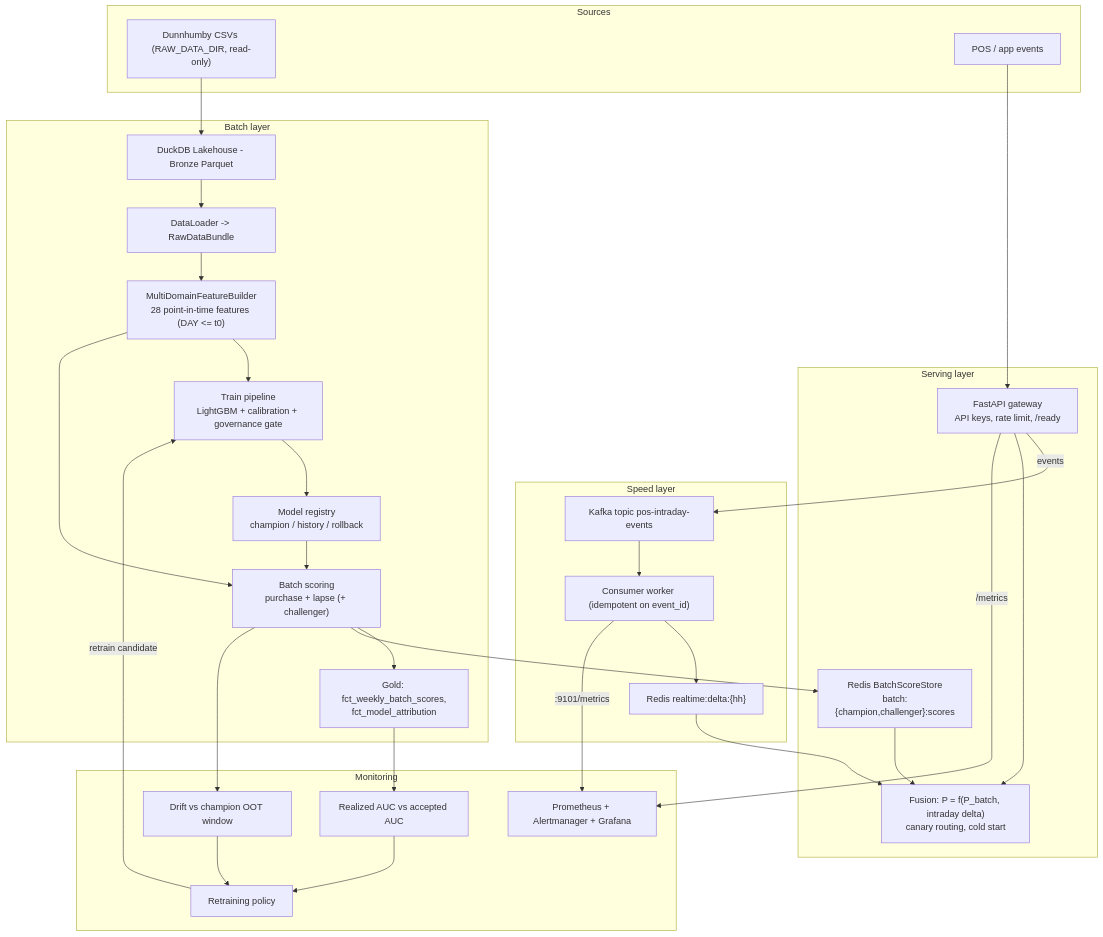
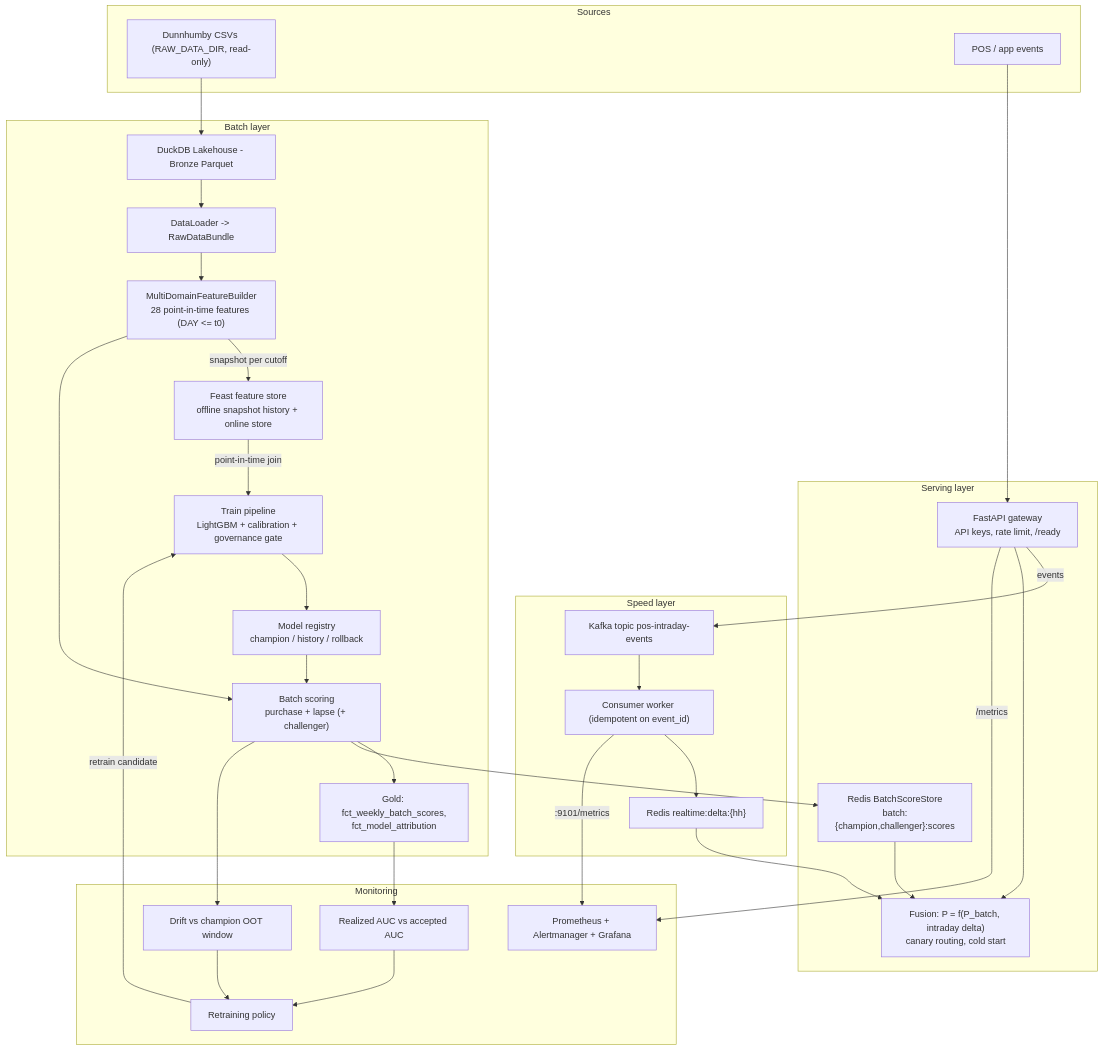
The diagram in README.md (kien3007/PropensityModel), drawn with Mermaid before and after one commit. The commit also changed other lines of this file and 22 other files, not shown here.

````diff
--- a/README.md
+++ b/README.md
@@ -32,54 +32,57 @@
 ```mermaid
 flowchart TD
     subgraph Sources["Sources"]
         CSV["Dunnhumby CSVs (RAW_DATA_DIR, read-only)"]
         POS["POS / app events"]
     end
 
     subgraph Batch["Batch layer"]
         Bronze["DuckDB Lakehouse - Bronze Parquet"]
         Loader["DataLoader -> RawDataBundle"]
         Features["MultiDomainFeatureBuilder<br/>28 point-in-time features (DAY <= t0)"]
+        FS["Feast feature store<br/>offline snapshot history + online store"]
         Train["Train pipeline<br/>LightGBM + calibration + governance gate"]
         Registry["Model registry<br/>champion / history / rollback"]
         Score["Batch scoring<br/>purchase + lapse (+ challenger)"]
         Gold["Gold: fct_weekly_batch_scores,<br/>fct_model_attribution"]
     end
 
     subgraph Speed["Speed layer"]
         Kafka["Kafka topic pos-intraday-events"]
         Consumer["Consumer worker (idempotent on event_id)"]
         Delta["Redis realtime:delta:{hh}"]
     end
 
     subgraph Serving["Serving layer"]
         Store["Redis BatchScoreStore<br/>batch:{champion,challenger}:scores"]
         API["FastAPI gateway<br/>API keys, rate limit, /ready"]
         Fusion["Fusion: P = f(P_batch, intraday delta)<br/>canary routing, cold start"]
     end
 
     subgraph Monitoring["Monitoring"]
         Drift["Drift vs champion OOT window"]
         Feedback["Realized AUC vs accepted AUC"]
         Policy["Retraining policy"]
         Prom["Prometheus + Alertmanager + Grafana"]
     end
 
     CSV --> Bronze --> Loader --> Features
-    Features --> Train --> Registry
+    Features -->|snapshot per cutoff| FS
+    FS -->|point-in-time join| Train
+    Train --> Registry
     Registry --> Score
     Features --> Score
     Score --> Gold
     Score --> Store
     POS --> API -->|events| Kafka --> Consumer --> Delta
     Store --> Fusion
     Delta --> Fusion
     API --> Fusion
     Score --> Drift
     Gold --> Feedback
     Drift --> Policy
     Feedback --> Policy
     Policy -->|retrain candidate| Train
     API -->|/metrics| Prom
     Consumer -->|:9101/metrics| Prom
 ```
````
